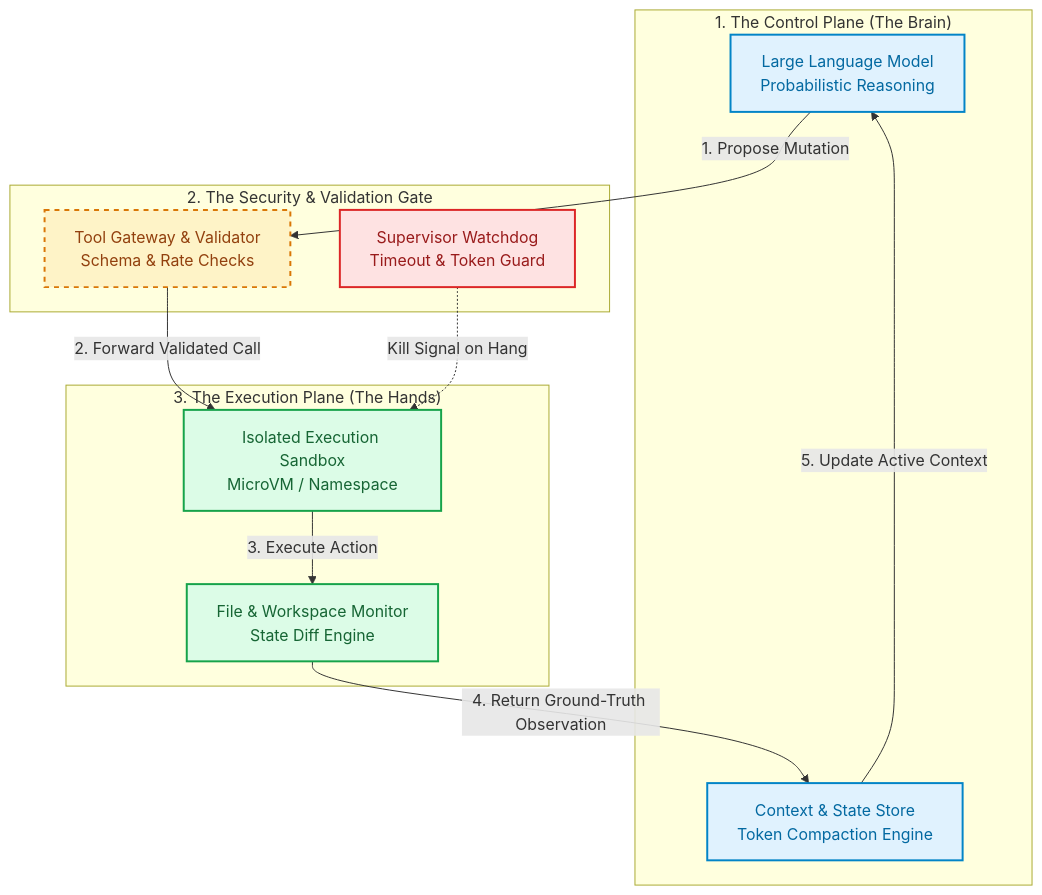
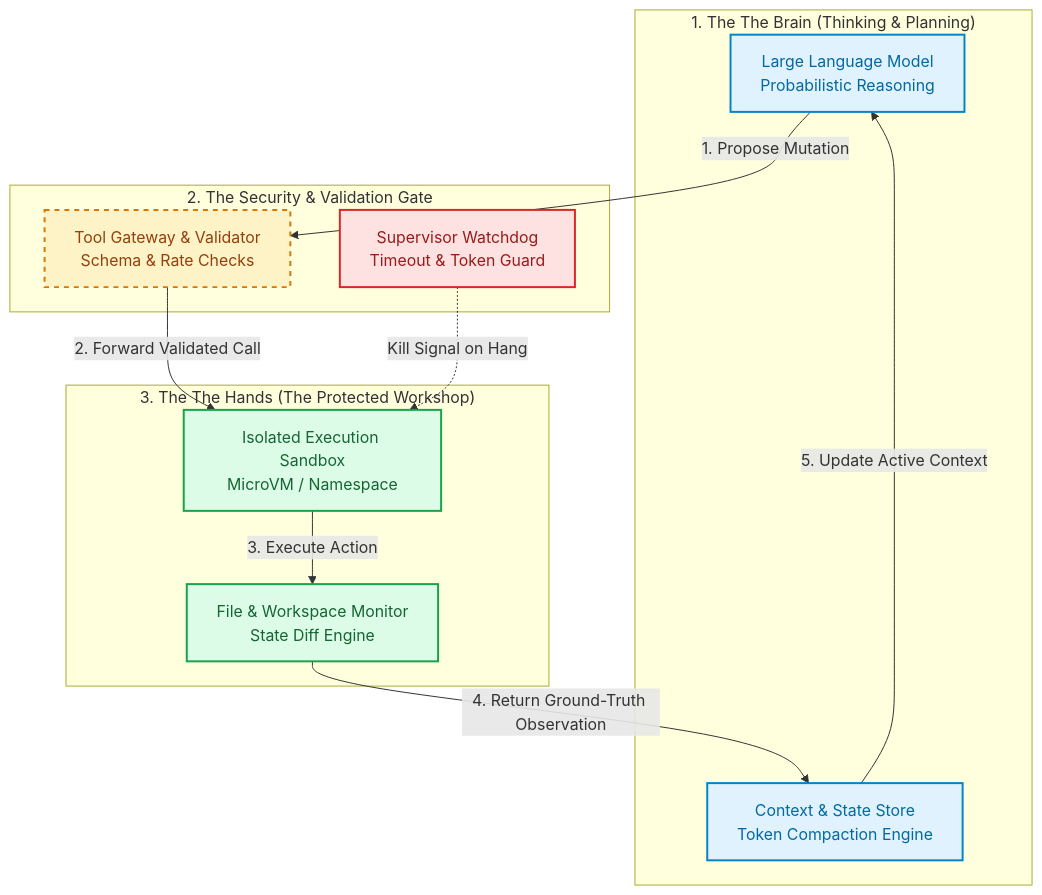
Before and after one commit to tharun15/gcloudcafe: the diagram in editorial-plans/agent-harness-engineering/SERIES_ROADMAP.md, drawn with Mermaid. The commit also changed other lines of this file and 2 other files, not shown here.

Commit message:
refactor(blog): simplify mental model from technical planes to beginner-friendly Brain Hands and Workshop concept

````diff
--- a/editorial-plans/agent-harness-engineering/SERIES_ROADMAP.md
+++ b/editorial-plans/agent-harness-engineering/SERIES_ROADMAP.md
@@ -24,29 +24,29 @@
 ```mermaid
 flowchart TD
     classDef brain fill:#E0F2FE,stroke:#0284C7,stroke-width:2px,color:#0369A1;
     classDef boundary fill:#FEF3C7,stroke:#D97706,stroke-width:2px,stroke-dasharray: 5 5,color:#92400E;
     classDef harness fill:#DCFCE7,stroke:#16A34A,stroke-width:2px,color:#166534;
     classDef alert fill:#FEE2E2,stroke:#DC2626,stroke-width:2px,color:#991B1B;
 
-    subgraph ControlPlane ["1. The Control Plane (The Brain)"]
+    subgraph ControlPlane ["1. The The Brain (Thinking & Planning)"]
         LLM["Large Language Model<br/>Probabilistic Reasoning"]:::brain
         ContextManager["Context & State Store<br/>Token Compaction Engine"]:::brain
     end
 
     subgraph IsolationBarrier ["2. The Security & Validation Gate"]
         Gateway["Tool Gateway & Validator<br/>Schema & Rate Checks"]:::boundary
         Watchdog["Supervisor Watchdog<br/>Timeout & Token Guard"]:::alert
     end
 
-    subgraph ExecutionPlane ["3. The Execution Plane (The Hands)"]
+    subgraph ExecutionPlane ["3. The The Hands (The Protected Workshop)"]
         Sandbox["Isolated Execution Sandbox<br/>MicroVM / Namespace"]:::harness
         WorkspaceTracker["File & Workspace Monitor<br/>State Diff Engine"]:::harness
     end
 
     LLM -->|"1. Propose Mutation"| Gateway
     Gateway -->|"2. Forward Validated Call"| Sandbox
     Sandbox -->|"3. Execute Action"| WorkspaceTracker
     WorkspaceTracker -->|"4. Return Ground-Truth Observation"| ContextManager
     ContextManager -->|"5. Update Active Context"| LLM
     Watchdog -.->|"Kill Signal on Hang"| Sandbox
 ```
````
